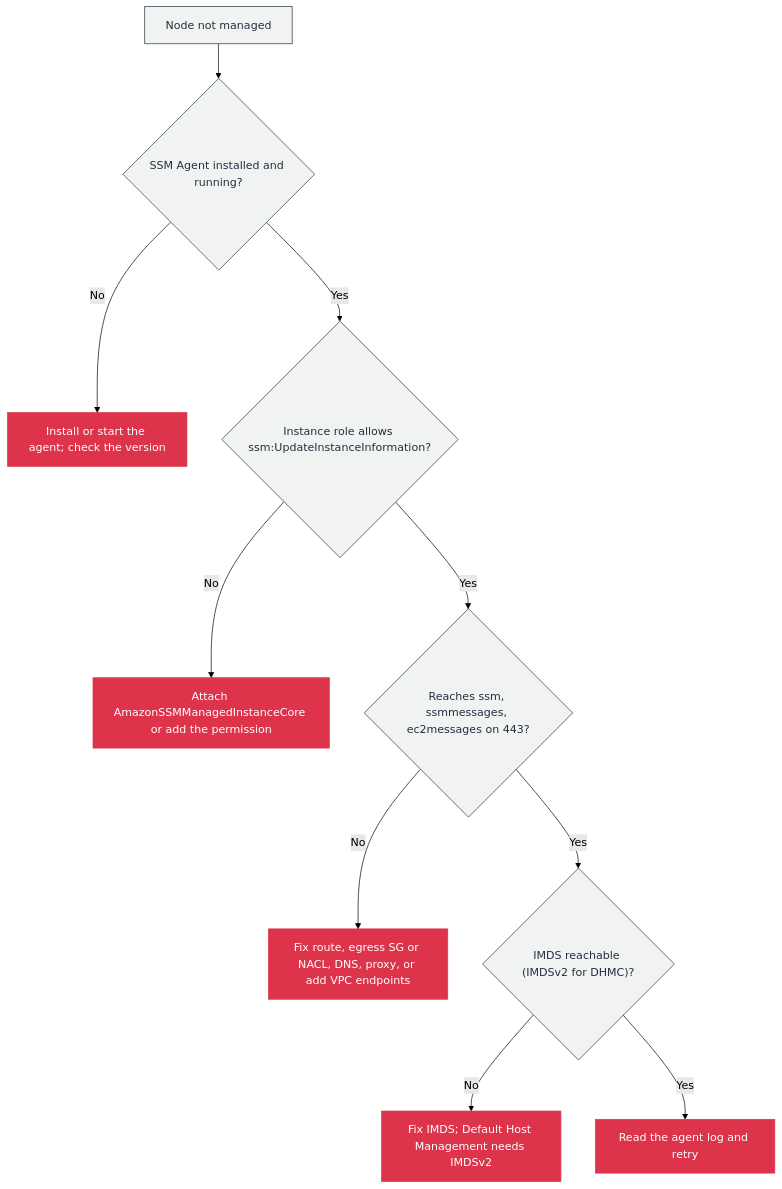
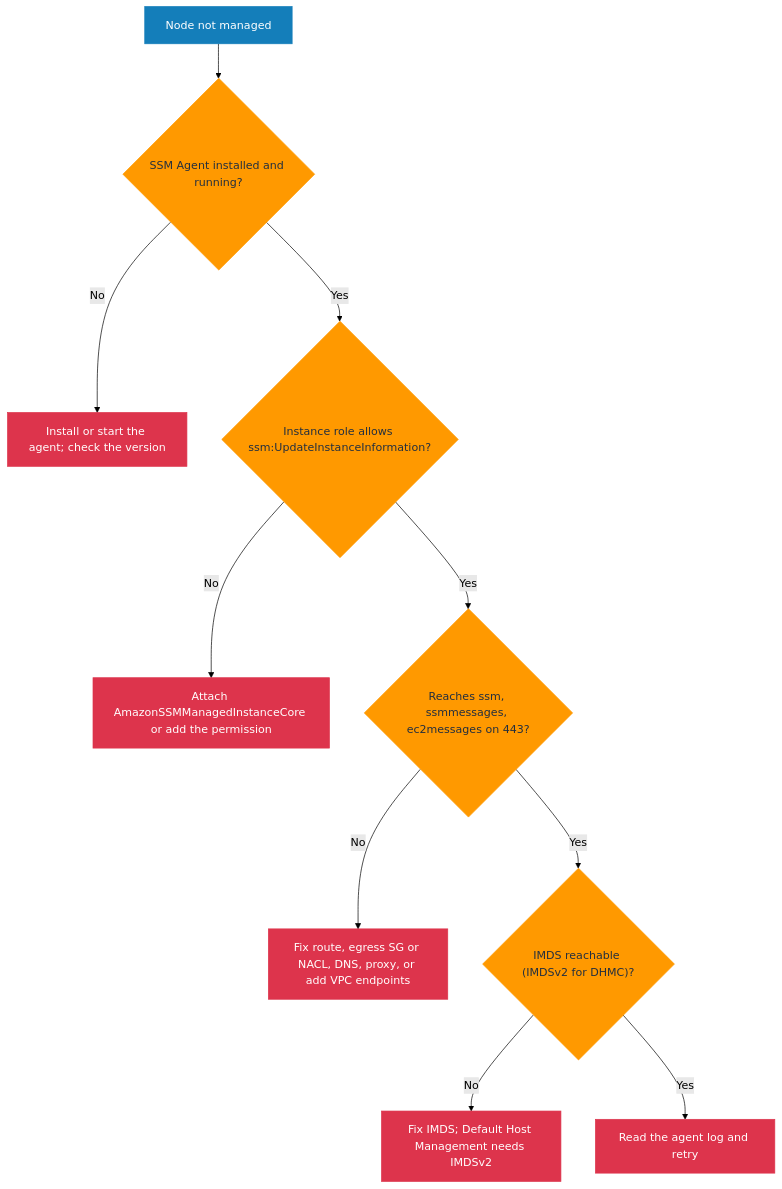
The diagram in 02-services/10-management-governance/15-systems-manager/12-troubleshooting.md (GabrielAlmeidaFlores/AWS-CloudOps-Engineer-Associate-Doc), drawn with Mermaid (forest theme) before and after one commit. The commit also changed 10 other files, not shown here.

Commit message:
docs: restyle flowchart diagrams with the AWS color palette

````diff
--- a/02-services/10-management-governance/15-systems-manager/12-troubleshooting.md
+++ b/02-services/10-management-governance/15-systems-manager/12-troubleshooting.md
@@ -16,16 +16,18 @@
 ```mermaid
 flowchart TD
     A["Node not managed"] --> B{"SSM Agent installed and running?"}
     B -->|No| C["Install or start the agent; check the version"]
     B -->|Yes| D{"Instance role allows ssm:UpdateInstanceInformation?"}
     D -->|No| E["Attach AmazonSSMManagedInstanceCore or add the permission"]
     D -->|Yes| F{"Reaches ssm, ssmmessages, ec2messages on 443?"}
     F -->|No| G["Fix route, egress SG or NACL, DNS, proxy, or add VPC endpoints"]
     F -->|Yes| H{"IMDS reachable (IMDSv2 for DHMC)?"}
     H -->|No| I["Fix IMDS; Default Host Management needs IMDSv2"]
     H -->|Yes| J["Read the agent log and retry"]
-    classDef step fill:#F1F3F3,stroke:#232F3E,color:#232F3E
+    classDef step fill:#147EBA,stroke:#147EBA,color:#ffffff
+    classDef decision fill:#FF9900,stroke:#FF9900,color:#232F3E
     classDef fix fill:#DD344C,stroke:#DD344C,color:#ffffff
-    class A,B,D,F,H step
+    class A step
+    class B,D,F,H decision
     class C,E,G,I,J fix
 ```
````
